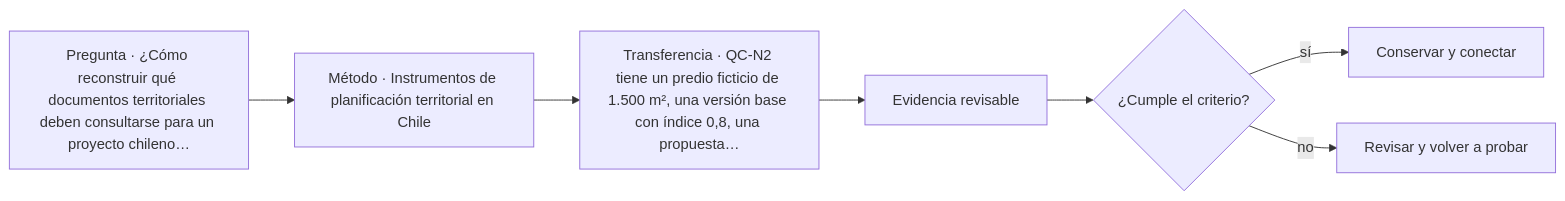
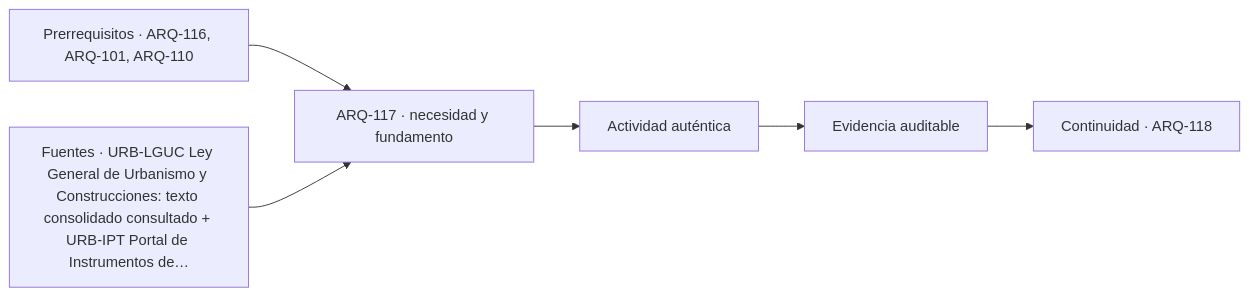
The diagram in classes/parte-12/ARQ-117.md (vladimiracunadev-create/architecture-built-environment-learning-program), drawn with Mermaid before and after one commit. The commit also changed other lines of this file and 761 other files, not shown here.

````diff
--- a/classes/parte-12/ARQ-117.md
+++ b/classes/parte-12/ARQ-117.md
@@ -143,9 +155,8 @@
 ```mermaid
 flowchart LR
-    Q["Pregunta · ¿Cómo reconstruir qué documentos territoriales deben consultarse para un proyecto chileno…"] --> M["Método · Instrumentos de planificación territorial en Chile"]
-    M --> P["Transferencia · QC-N2 tiene un predio ficticio de 1.500 m², una versión base con índice 0,8, una propuesta…"]
-    P --> E["Evidencia revisable"]
-    E --> C{"¿Cumple el criterio?"}
-    C -->|sí| T["Conservar y conectar"]
-    C -->|no| R["Revisar y volver a probar"]
+    A["Prerrequisitos · ARQ-116, ARQ-101, ARQ-110"] --> B["ARQ-117 · necesidad y fundamento"]
+    S["Fuentes · URB-LGUC Ley General de Urbanismo y Construcciones: texto consolidado consultado + URB-IPT Portal de Instrumentos de…"] --> B
+    B --> C["Actividad auténtica"]
+    C --> D["Evidencia auditable"]
+    D --> E["Continuidad · ARQ-118"]
 ```
````
